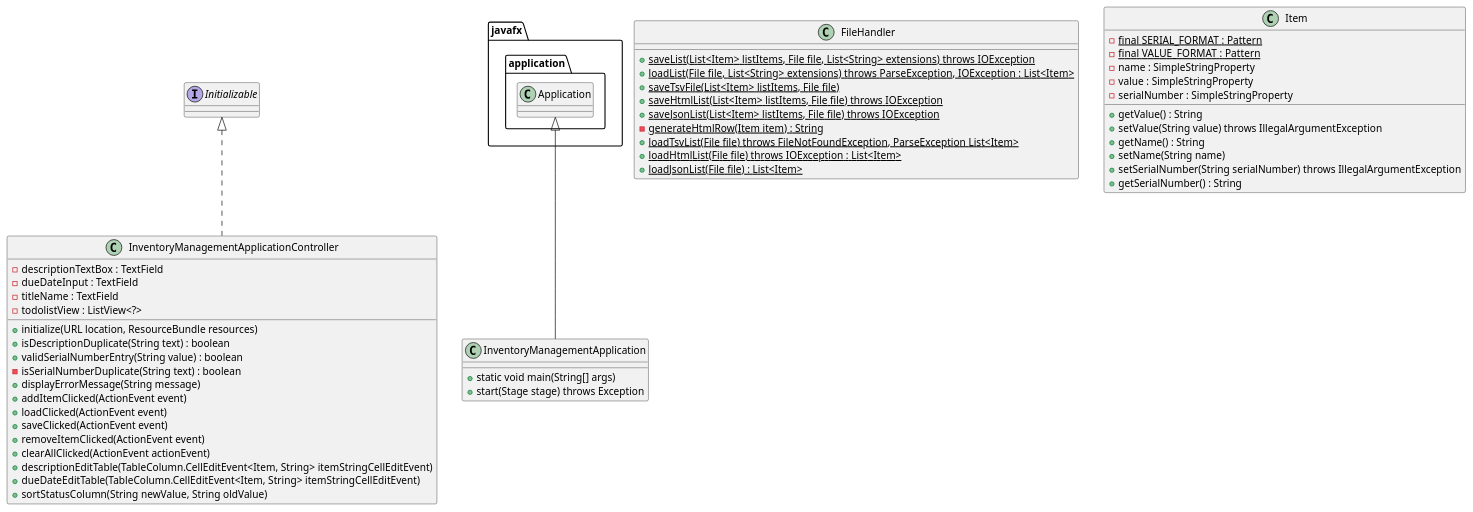
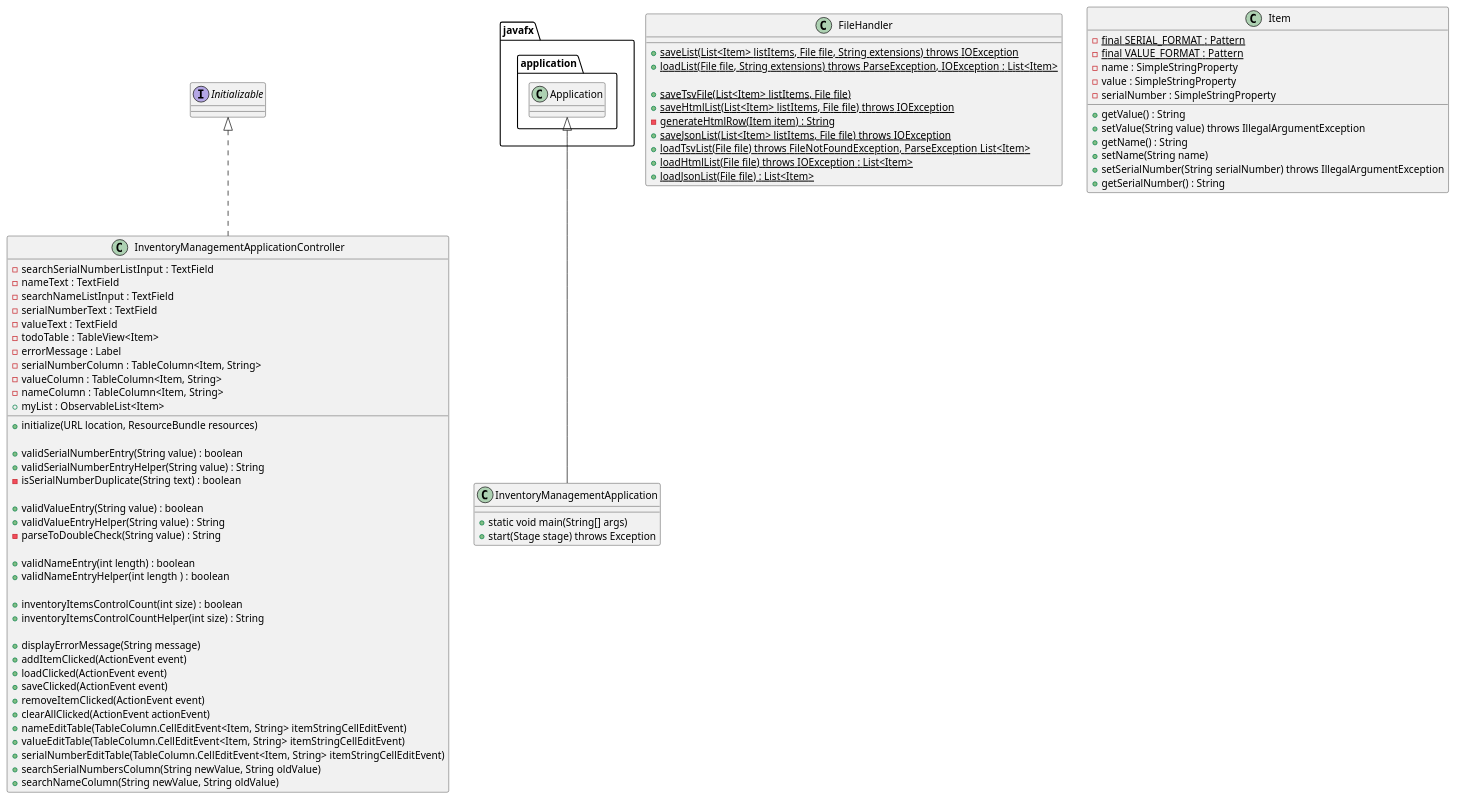
One commit to perezm89/javafx-inventory-manager changed the diagram in docs/classes.puml. Above: the diagram before and after it, drawn with PlantUML. The commit also changed 1 other file, not shown here.

Commit message:
updated Plant UML Diagram to include new methods added

```diff
--- a/docs/classes.puml
+++ b/docs/classes.puml
@@ -1,65 +1,88 @@
 @startuml
 'https://plantuml.com/class-diagram
 
 
 class InventoryManagementApplicationController implements Initializable{
 'attributes
--descriptionTextBox : TextField
--dueDateInput : TextField
--titleName : TextField
--todolistView : ListView<?>
+-searchSerialNumberListInput :  TextField
+-nameText : TextField
+-searchNameListInput : TextField
+-serialNumberText : TextField
+-valueText : TextField
+-todoTable : TableView<Item>
+-errorMessage : Label
+-serialNumberColumn : TableColumn<Item, String>
+-valueColumn : TableColumn<Item, String>
+-nameColumn : TableColumn<Item, String>
++myList : ObservableList<Item>
 
 'methods
 +initialize(URL location, ResourceBundle resources)
-+isDescriptionDuplicate(String text) : boolean
+
 +validSerialNumberEntry(String value) : boolean
++validSerialNumberEntryHelper(String value) : String
 -isSerialNumberDuplicate(String text) : boolean
+
++validValueEntry(String value) : boolean
++validValueEntryHelper(String value) : String
+-parseToDoubleCheck(String value) : String
+
++validNameEntry(int length) : boolean
++validNameEntryHelper(int length ) : boolean
+
++inventoryItemsControlCount(int size) : boolean
++inventoryItemsControlCountHelper(int size) : String
+
 +displayErrorMessage(String message)
 +addItemClicked(ActionEvent event)
 +loadClicked(ActionEvent event)
 +saveClicked(ActionEvent event)
 +removeItemClicked(ActionEvent event)
 +clearAllClicked(ActionEvent actionEvent)
-+descriptionEditTable(TableColumn.CellEditEvent<Item, String> itemStringCellEditEvent)
-+dueDateEditTable(TableColumn.CellEditEvent<Item, String> itemStringCellEditEvent)
-+sortStatusColumn(String newValue, String oldValue)
-
++nameEditTable(TableColumn.CellEditEvent<Item, String> itemStringCellEditEvent)
++valueEditTable(TableColumn.CellEditEvent<Item, String> itemStringCellEditEvent)
++serialNumberEditTable(TableColumn.CellEditEvent<Item, String> itemStringCellEditEvent)
++searchSerialNumbersColumn(String newValue, String oldValue)
++searchNameColumn(String newValue, String oldValue)
 
 }
 
 class InventoryManagementApplication extends javafx.application.Application {
 +static void main(String[] args)
 +start(Stage stage) throws Exception
 }
 
 class FileHandler {
 'methods
-+{static}saveList(List<Item> listItems, File file, List<String> extensions) throws IOException
-+{static}loadList(File file, List<String> extensions) throws  ParseException, IOException : List<Item>
++{static}saveList(List<Item> listItems, File file, String extensions) throws IOException
++{static}loadList(File file, String extensions) throws  ParseException, IOException : List<Item>
+
 +{static}saveTsvFile(List<Item> listItems, File file)
 +{static}saveHtmlList(List<Item> listItems, File file) throws IOException
+-{static}generateHtmlRow(Item item) : String
 +{static}saveJsonList(List<Item> listItems, File file) throws IOException
--{static}generateHtmlRow(Item item) : String
+
+
 +{static}loadTsvList(File file) throws FileNotFoundException, ParseException List<Item>
 +{static}loadHtmlList(File file) throws IOException : List<Item>
 +{static}loadJsonList(File file) : List<Item>
 }
 
 class Item {
 'attributes
 -{static} final SERIAL_FORMAT : Pattern
 -{static} final VALUE_FORMAT : Pattern
 -name : SimpleStringProperty
 -value : SimpleStringProperty
 -serialNumber : SimpleStringProperty
 
 'methods
 +getValue() : String
 +setValue(String value) throws IllegalArgumentException
 +getName() : String
 +setName(String name)
 +setSerialNumber(String serialNumber) throws IllegalArgumentException
 +getSerialNumber() : String
 }
 
 @enduml
```
